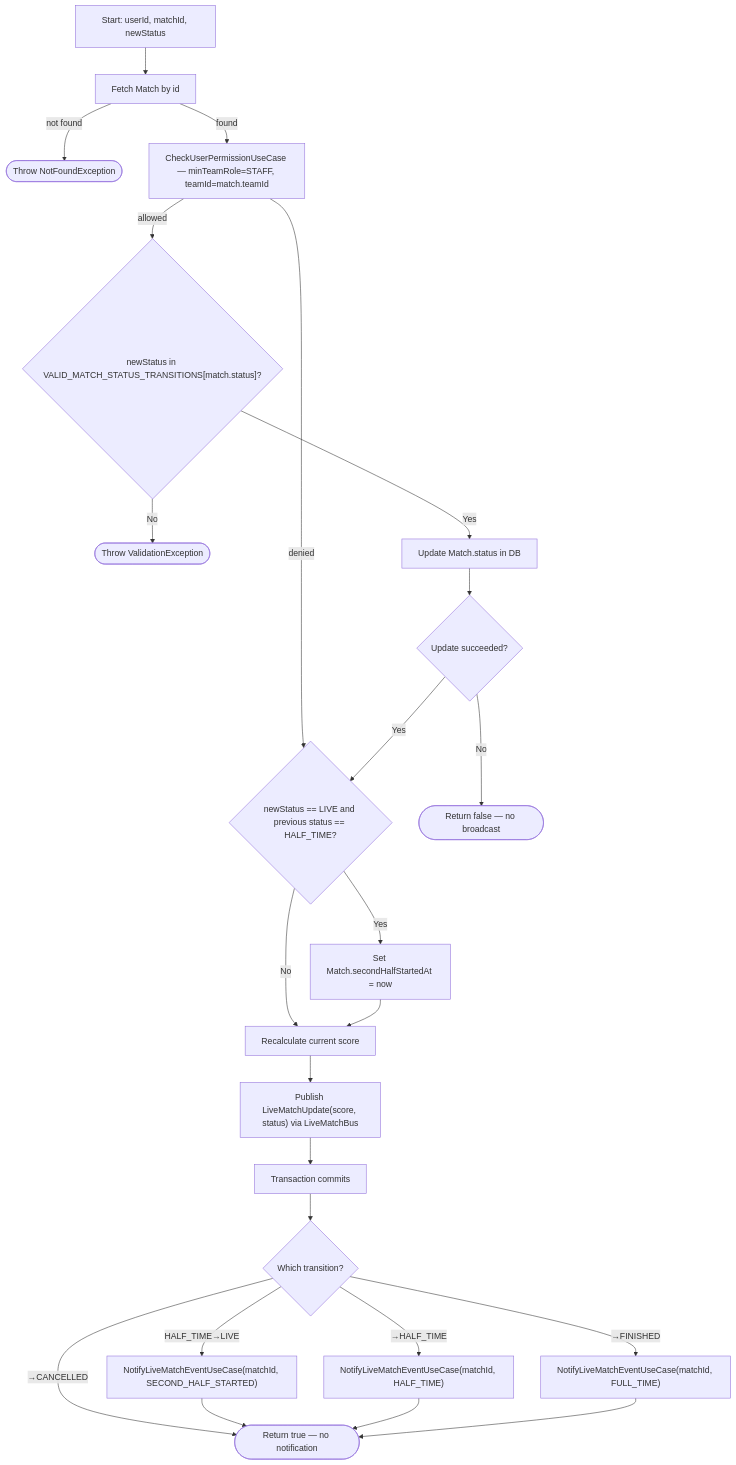
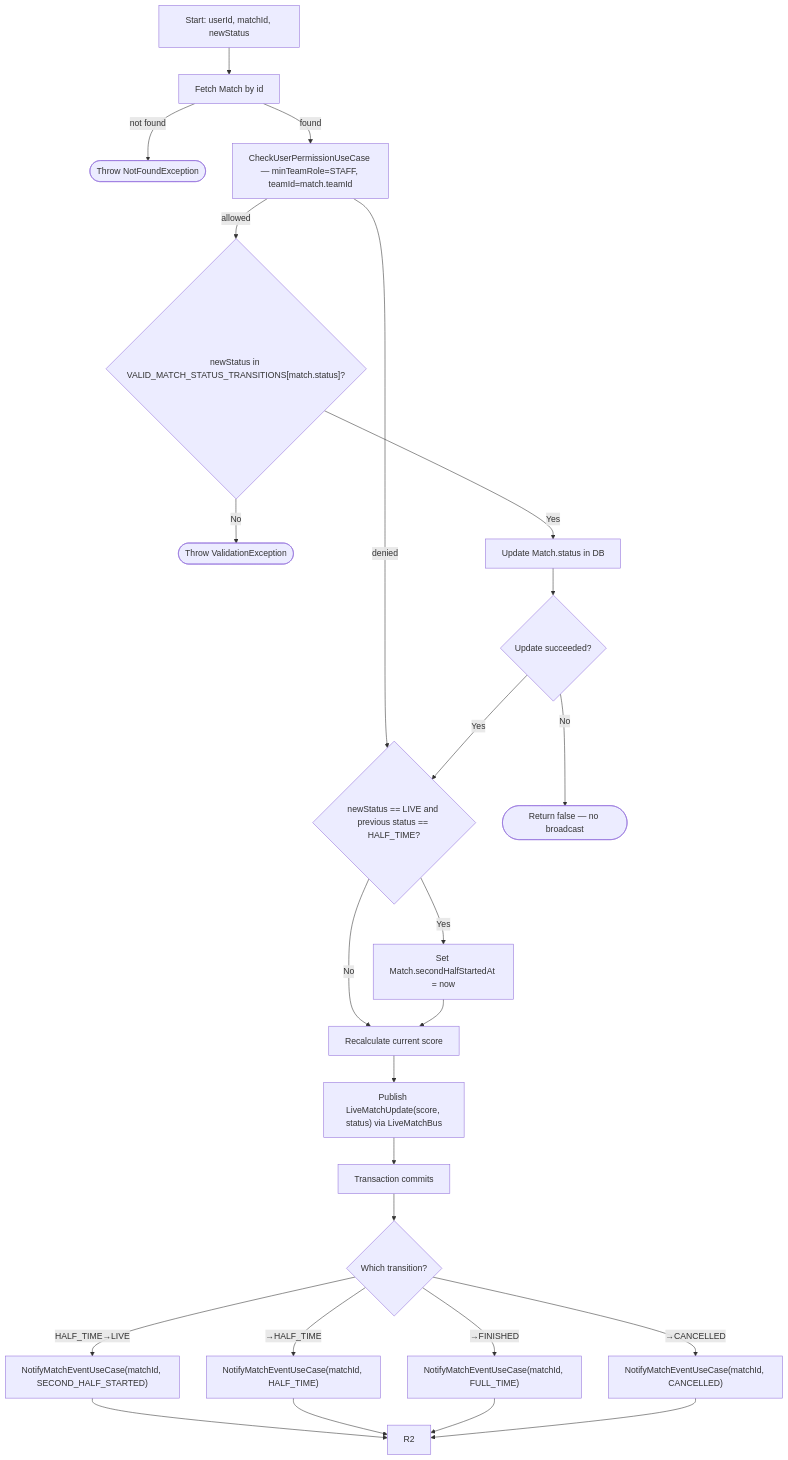
Diagram 41 of 48 in PROCESS_FLOWS.md (ricardofrango/squadify), drawn with Mermaid before and after one commit. The commit also changed other lines of this file and 19 other files, not shown here.

````diff
--- a/PROCESS_FLOWS.md
+++ b/PROCESS_FLOWS.md
@@ -865,26 +874,27 @@
 ```mermaid
 graph TD
     A[Start: userId, matchId, newStatus] --> B[Fetch Match by id]
     B -- not found --> N(["Throw NotFoundException"])
     B -- found --> C[CheckUserPermissionUseCase — minTeamRole=STAFF, teamId=match.teamId]
     C -- denied --> F(["Throw ForbiddenException"])
     C -- allowed --> T{"newStatus in VALID_MATCH_STATUS_TRANSITIONS[match.status]?"}
     T -- No --> V(["Throw ValidationException"])
     T -- Yes --> D[Update Match.status in DB]
     D --> E{Update succeeded?}
     E -- No --> R1(["Return false — no broadcast"])
     E -- Yes --> F{"newStatus == LIVE and previous status == HALF_TIME?"}
     F -- Yes --> F2["Set Match.secondHalfStartedAt = now"]
     F -- No --> G
     F2 --> G[Recalculate current score]
     G --> H["Publish LiveMatchUpdate(score, status) via LiveMatchBus"]
     H --> R2b["Transaction commits"]
     R2b --> R3{"Which transition?"}
-    R3 -- "HALF_TIME→LIVE" --> R4["NotifyLiveMatchEventUseCase(matchId, SECOND_HALF_STARTED)"]
-    R3 -- "→HALF_TIME" --> R5["NotifyLiveMatchEventUseCase(matchId, HALF_TIME)"]
-    R3 -- "→FINISHED" --> R6["NotifyLiveMatchEventUseCase(matchId, FULL_TIME)"]
-    R3 -- "→CANCELLED" --> R2(["Return true — no notification"])
+    R3 -- "HALF_TIME→LIVE" --> R4["NotifyMatchEventUseCase(matchId, SECOND_HALF_STARTED)"]
+    R3 -- "→HALF_TIME" --> R5["NotifyMatchEventUseCase(matchId, HALF_TIME)"]
+    R3 -- "→FINISHED" --> R6["NotifyMatchEventUseCase(matchId, FULL_TIME)"]
+    R3 -- "→CANCELLED" --> R7["NotifyMatchEventUseCase(matchId, CANCELLED)"]
     R4 --> R2
     R5 --> R2
     R6 --> R2
+    R7 --> R2
 ```
````
